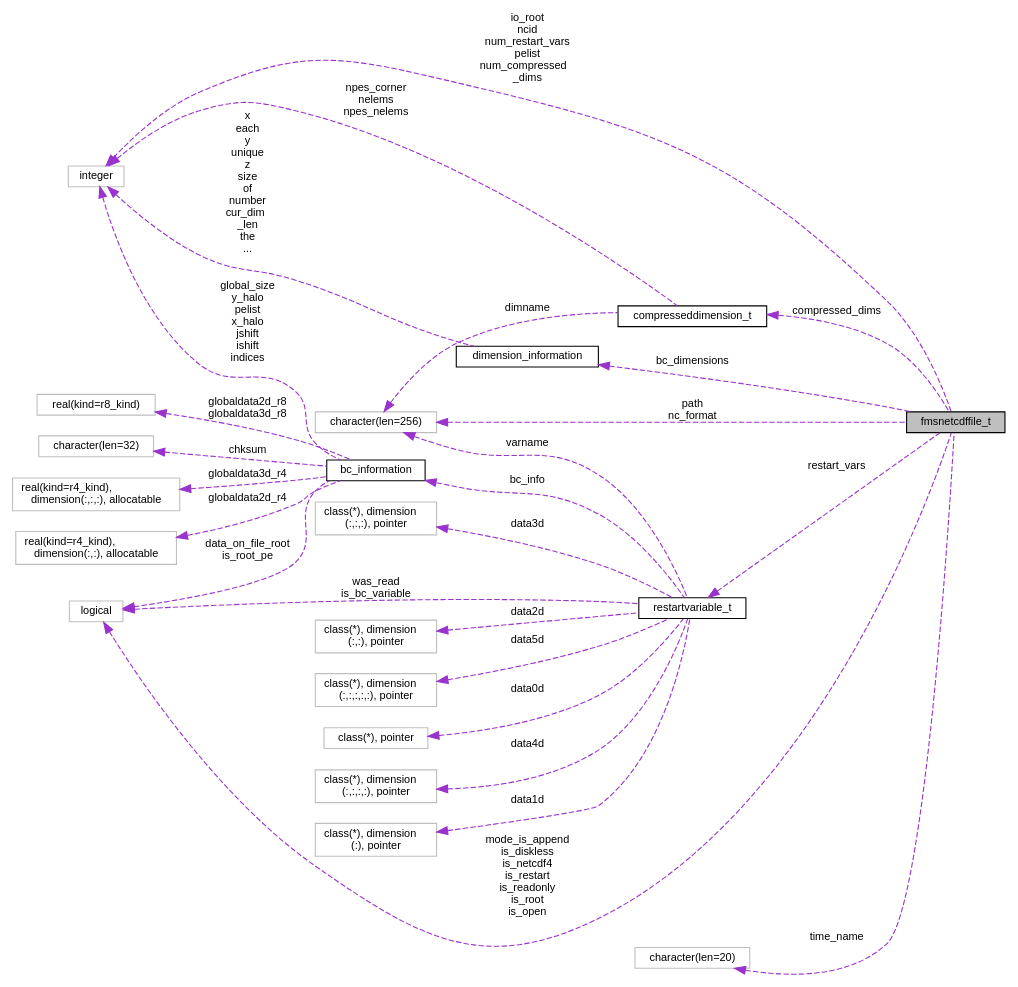
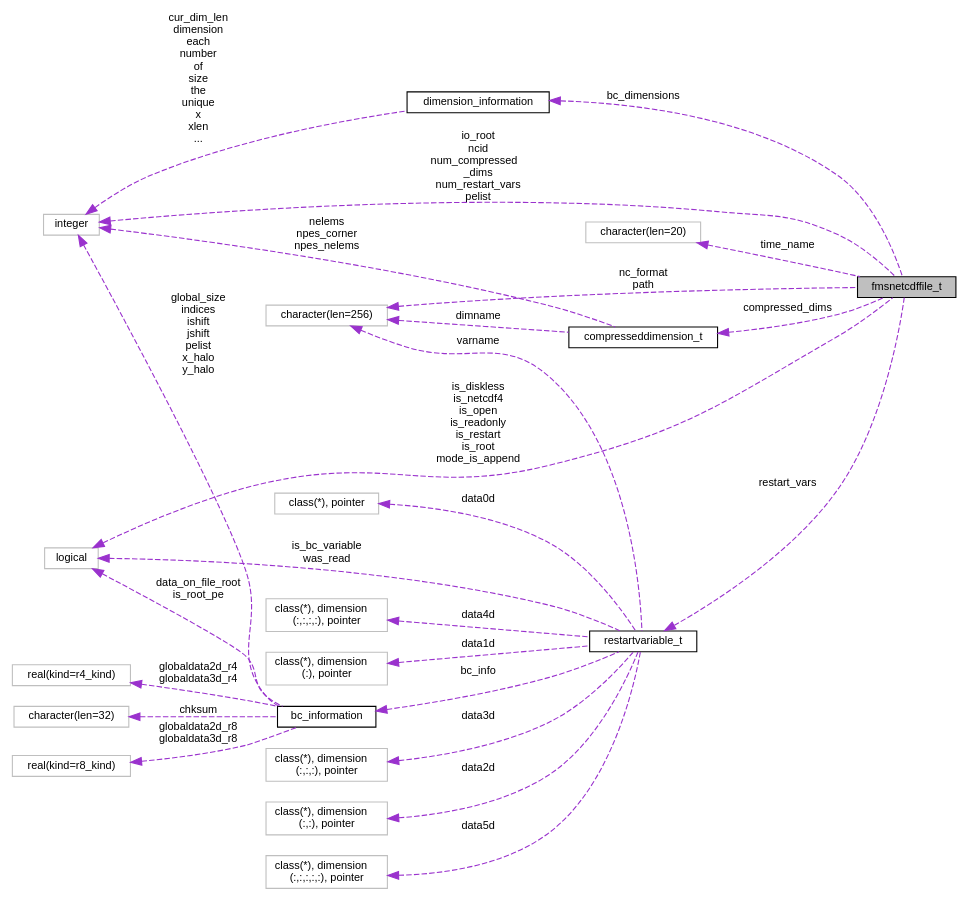
The diagram in structnetcdf__io__mod_1_1fmsnetcdffile__t__coll__graph.dot (rem1776/FMS), drawn with Graphviz before and after one commit. The commit also changed 2959 other files, not shown here.

```diff
--- a/structnetcdf__io__mod_1_1fmsnetcdffile__t__coll__graph.dot
+++ b/structnetcdf__io__mod_1_1fmsnetcdffile__t__coll__graph.dot
@@ -1,52 +1,50 @@
 digraph "fmsnetcdffile_t"
 {
  // INTERACTIVE_SVG=YES
  // LATEX_PDF_SIZE
   edge [fontname="Helvetica",fontsize="10",labelfontname="Helvetica",labelfontsize="10"];
   node [fontname="Helvetica",fontsize="10",shape=record];
   rankdir="LR";
   Node1 [label="fmsnetcdffile_t",height=0.2,width=0.4,color="black", fillcolor="grey75", style="filled", fontcolor="black",tooltip="Netcdf file type."];
-  Node2 -> Node1 [dir="back",color="darkorchid3",fontsize="10",style="dashed",label=" mode_is_append\nis_diskless\nis_netcdf4\nis_restart\nis_readonly\nis_root\nis_open" ,fontname="Helvetica"];
+  Node2 -> Node1 [dir="back",color="darkorchid3",fontsize="10",style="dashed",label=" is_diskless\nis_netcdf4\nis_open\nis_readonly\nis_restart\nis_root\nmode_is_append" ,fontname="Helvetica"];
   Node2 [label="logical",height=0.2,width=0.4,color="grey75", fillcolor="white", style="filled",tooltip=" "];
-  Node3 -> Node1 [dir="back",color="darkorchid3",fontsize="10",style="dashed",label=" path\nnc_format" ,fontname="Helvetica"];
+  Node3 -> Node1 [dir="back",color="darkorchid3",fontsize="10",style="dashed",label=" nc_format\npath" ,fontname="Helvetica"];
   Node3 [label="character(len=256)",height=0.2,width=0.4,color="grey75", fillcolor="white", style="filled",tooltip=" "];
   Node4 -> Node1 [dir="back",color="darkorchid3",fontsize="10",style="dashed",label=" time_name" ,fontname="Helvetica"];
   Node4 [label="character(len=20)",height=0.2,width=0.4,color="grey75", fillcolor="white", style="filled",tooltip=" "];
   Node5 -> Node1 [dir="back",color="darkorchid3",fontsize="10",style="dashed",label=" compressed_dims" ,fontname="Helvetica"];
   Node5 [label="compresseddimension_t",height=0.2,width=0.4,color="black", fillcolor="white", style="filled",URL="$group__netcdf__io__mod.html#structnetcdf__io__mod_1_1compresseddimension__t",tooltip="Compressed dimension."];
   Node3 -> Node5 [dir="back",color="darkorchid3",fontsize="10",style="dashed",label=" dimname" ,fontname="Helvetica"];
-  Node6 -> Node5 [dir="back",color="darkorchid3",fontsize="10",style="dashed",label=" npes_corner\nnelems\nnpes_nelems" ,fontname="Helvetica"];
+  Node6 -> Node5 [dir="back",color="darkorchid3",fontsize="10",style="dashed",label=" nelems\nnpes_corner\nnpes_nelems" ,fontname="Helvetica"];
   Node6 [label="integer",height=0.2,width=0.4,color="grey75", fillcolor="white", style="filled",tooltip=" "];
   Node7 -> Node1 [dir="back",color="darkorchid3",fontsize="10",style="dashed",label=" bc_dimensions" ,fontname="Helvetica"];
   Node7 [label="dimension_information",height=0.2,width=0.4,color="black", fillcolor="white", style="filled",URL="$group__netcdf__io__mod.html#structnetcdf__io__mod_1_1dimension__information",tooltip="information about the current dimensions for regional restart variables"];
-  Node6 -> Node7 [dir="back",color="darkorchid3",fontsize="10",style="dashed",label=" x\neach\ny\nunique\nz\nsize\nof\nnumber\ncur_dim\l_len\nthe\n..." ,fontname="Helvetica"];
+  Node6 -> Node7 [dir="back",color="darkorchid3",fontsize="10",style="dashed",label=" cur_dim_len\ndimension\neach\nnumber\nof\nsize\nthe\nunique\nx\nxlen\n..." ,fontname="Helvetica"];
   Node8 -> Node1 [dir="back",color="darkorchid3",fontsize="10",style="dashed",label=" restart_vars" ,fontname="Helvetica"];
   Node8 [label="restartvariable_t",height=0.2,width=0.4,color="black", fillcolor="white", style="filled",URL="$group__netcdf__io__mod.html#structnetcdf__io__mod_1_1restartvariable__t",tooltip="Restart variable."];
-  Node2 -> Node8 [dir="back",color="darkorchid3",fontsize="10",style="dashed",label=" was_read\nis_bc_variable" ,fontname="Helvetica"];
+  Node2 -> Node8 [dir="back",color="darkorchid3",fontsize="10",style="dashed",label=" is_bc_variable\nwas_read" ,fontname="Helvetica"];
   Node9 -> Node8 [dir="back",color="darkorchid3",fontsize="10",style="dashed",label=" data3d" ,fontname="Helvetica"];
   Node9 [label="class(*), dimension\l(:,:,:), pointer",height=0.2,width=0.4,color="grey75", fillcolor="white", style="filled",tooltip=" "];
   Node10 -> Node8 [dir="back",color="darkorchid3",fontsize="10",style="dashed",label=" data2d" ,fontname="Helvetica"];
   Node10 [label="class(*), dimension\l(:,:), pointer",height=0.2,width=0.4,color="grey75", fillcolor="white", style="filled",tooltip=" "];
   Node11 -> Node8 [dir="back",color="darkorchid3",fontsize="10",style="dashed",label=" data5d" ,fontname="Helvetica"];
   Node11 [label="class(*), dimension\l(:,:,:,:,:), pointer",height=0.2,width=0.4,color="grey75", fillcolor="white", style="filled",tooltip=" "];
   Node12 -> Node8 [dir="back",color="darkorchid3",fontsize="10",style="dashed",label=" data0d" ,fontname="Helvetica"];
   Node12 [label="class(*), pointer",height=0.2,width=0.4,color="grey75", fillcolor="white", style="filled",tooltip=" "];
   Node3 -> Node8 [dir="back",color="darkorchid3",fontsize="10",style="dashed",label=" varname" ,fontname="Helvetica"];
   Node13 -> Node8 [dir="back",color="darkorchid3",fontsize="10",style="dashed",label=" data4d" ,fontname="Helvetica"];
   Node13 [label="class(*), dimension\l(:,:,:,:), pointer",height=0.2,width=0.4,color="grey75", fillcolor="white", style="filled",tooltip=" "];
   Node14 -> Node8 [dir="back",color="darkorchid3",fontsize="10",style="dashed",label=" data1d" ,fontname="Helvetica"];
   Node14 [label="class(*), dimension\l(:), pointer",height=0.2,width=0.4,color="grey75", fillcolor="white", style="filled",tooltip=" "];
   Node15 -> Node8 [dir="back",color="darkorchid3",fontsize="10",style="dashed",label=" bc_info" ,fontname="Helvetica"];
   Node15 [label="bc_information",height=0.2,width=0.4,color="black", fillcolor="white", style="filled",URL="$group__netcdf__io__mod.html#structnetcdf__io__mod_1_1bc__information",tooltip="information needed fr regional restart variables"];
   Node2 -> Node15 [dir="back",color="darkorchid3",fontsize="10",style="dashed",label=" data_on_file_root\nis_root_pe" ,fontname="Helvetica"];
   Node16 -> Node15 [dir="back",color="darkorchid3",fontsize="10",style="dashed",label=" globaldata2d_r8\nglobaldata3d_r8" ,fontname="Helvetica"];
   Node16 [label="real(kind=r8_kind)",height=0.2,width=0.4,color="grey75", fillcolor="white", style="filled",tooltip=" "];
-  Node17 -> Node15 [dir="back",color="darkorchid3",fontsize="10",style="dashed",label=" chksum" ,fontname="Helvetica"];
-  Node17 [label="character(len=32)",height=0.2,width=0.4,color="grey75", fillcolor="white", style="filled",tooltip=" "];
-  Node6 -> Node15 [dir="back",color="darkorchid3",fontsize="10",style="dashed",label=" global_size\ny_halo\npelist\nx_halo\njshift\nishift\nindices" ,fontname="Helvetica"];
-  Node18 -> Node15 [dir="back",color="darkorchid3",fontsize="10",style="dashed",label=" globaldata3d_r4" ,fontname="Helvetica"];
-  Node18 [label="real(kind=r4_kind),\l dimension(:,:,:), allocatable",height=0.2,width=0.4,color="grey75", fillcolor="white", style="filled",tooltip=" "];
-  Node19 -> Node15 [dir="back",color="darkorchid3",fontsize="10",style="dashed",label=" globaldata2d_r4" ,fontname="Helvetica"];
-  Node19 [label="real(kind=r4_kind),\l dimension(:,:), allocatable",height=0.2,width=0.4,color="grey75", fillcolor="white", style="filled",tooltip=" "];
-  Node6 -> Node1 [dir="back",color="darkorchid3",fontsize="10",style="dashed",label=" io_root\nncid\nnum_restart_vars\npelist\nnum_compressed\l_dims" ,fontname="Helvetica"];
+  Node17 -> Node15 [dir="back",color="darkorchid3",fontsize="10",style="dashed",label=" globaldata2d_r4\nglobaldata3d_r4" ,fontname="Helvetica"];
+  Node17 [label="real(kind=r4_kind)",height=0.2,width=0.4,color="grey75", fillcolor="white", style="filled",tooltip=" "];
+  Node18 -> Node15 [dir="back",color="darkorchid3",fontsize="10",style="dashed",label=" chksum" ,fontname="Helvetica"];
+  Node18 [label="character(len=32)",height=0.2,width=0.4,color="grey75", fillcolor="white", style="filled",tooltip=" "];
+  Node6 -> Node15 [dir="back",color="darkorchid3",fontsize="10",style="dashed",label=" global_size\nindices\nishift\njshift\npelist\nx_halo\ny_halo" ,fontname="Helvetica"];
+  Node6 -> Node1 [dir="back",color="darkorchid3",fontsize="10",style="dashed",label=" io_root\nncid\nnum_compressed\l_dims\nnum_restart_vars\npelist" ,fontname="Helvetica"];
 }
```
